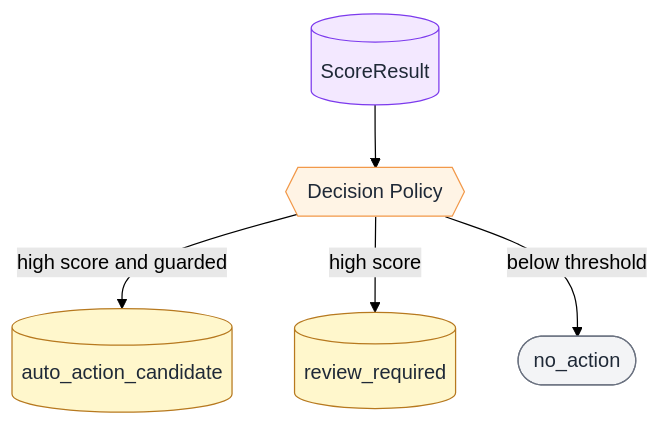
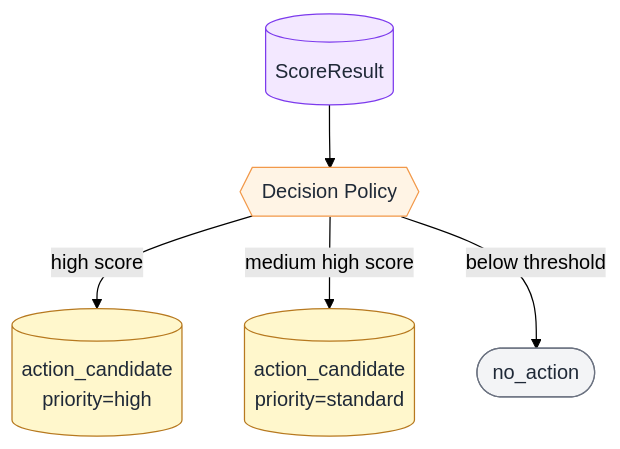
One commit to tasuku43/abuse-detection-learning changed the eighth of 15 diagrams in docs/design/production_scoring_architecture_mermaid_ja.md. Above: the diagram before and after it, drawn with Mermaid (forest theme). The commit also changed other lines of this file and 7 other files, not shown here.

````diff
--- a/docs/design/production_scoring_architecture_mermaid_ja.md
+++ b/docs/design/production_scoring_architecture_mermaid_ja.md
@@ -276,12 +276,12 @@
 ```mermaid
 flowchart TD
   classDef table fill:#F3E8FF,stroke:#7C3AED,color:#1F2937
   classDef decision fill:#FFF4E5,stroke:#F2994A,color:#1F2937
   classDef action fill:#FFF7CC,stroke:#B7791F,color:#1F2937
   classDef none fill:#F3F4F6,stroke:#6B7280,color:#1F2937
 
   SR[(ScoreResult)]:::table --> DP{{Decision Policy}}:::decision
-  DP -->|high score and guarded| AUTO[(auto_action_candidate)]:::action
-  DP -->|high score| REVIEW[(review_required)]:::action
+  DP -->|high score| HIGH[(action_candidate<br/>priority=high)]:::action
+  DP -->|medium high score| STD[(action_candidate<br/>priority=standard)]:::action
   DP -->|below threshold| NO([no_action]):::none
 ```
````
